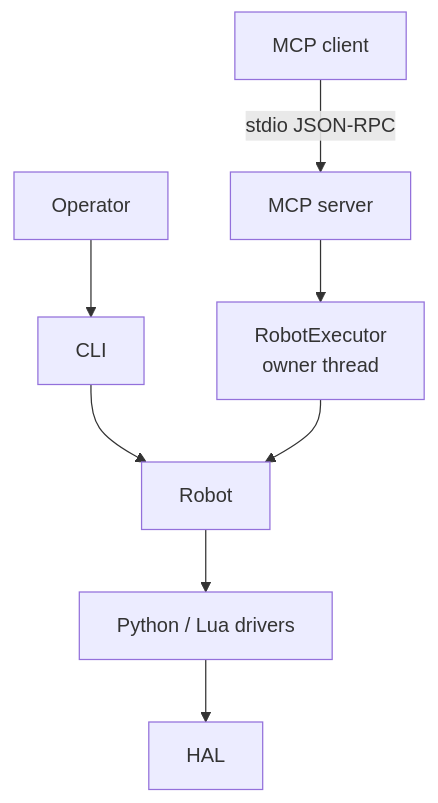
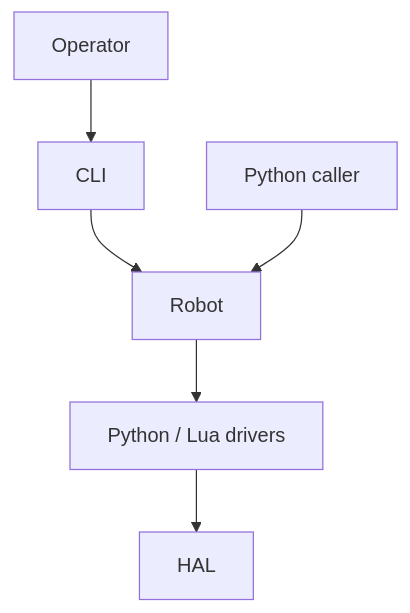
Before and after one commit to gopsc/mybot: the third of 3 diagrams in references/architecture.md, drawn with Mermaid. The commit also changed other lines of this file and 16 other files, not shown here.

First line of the commit message:
refactor: remove MCP server and keep the shared controller runtime

````diff
--- a/references/architecture.md
+++ b/references/architecture.md
@@ -151,10 +150,8 @@
 ```mermaid
 flowchart TB
     U[Operator] --> C[CLI]
-    M[MCP client] -->|stdio JSON-RPC| X[MCP server]
     C --> R[Robot]
-    X --> E[RobotExecutor<br/>owner thread]
-    E --> R
+    P[Python caller] --> R
     R --> D[Python / Lua drivers]
     D --> H[HAL]
 ```
````
